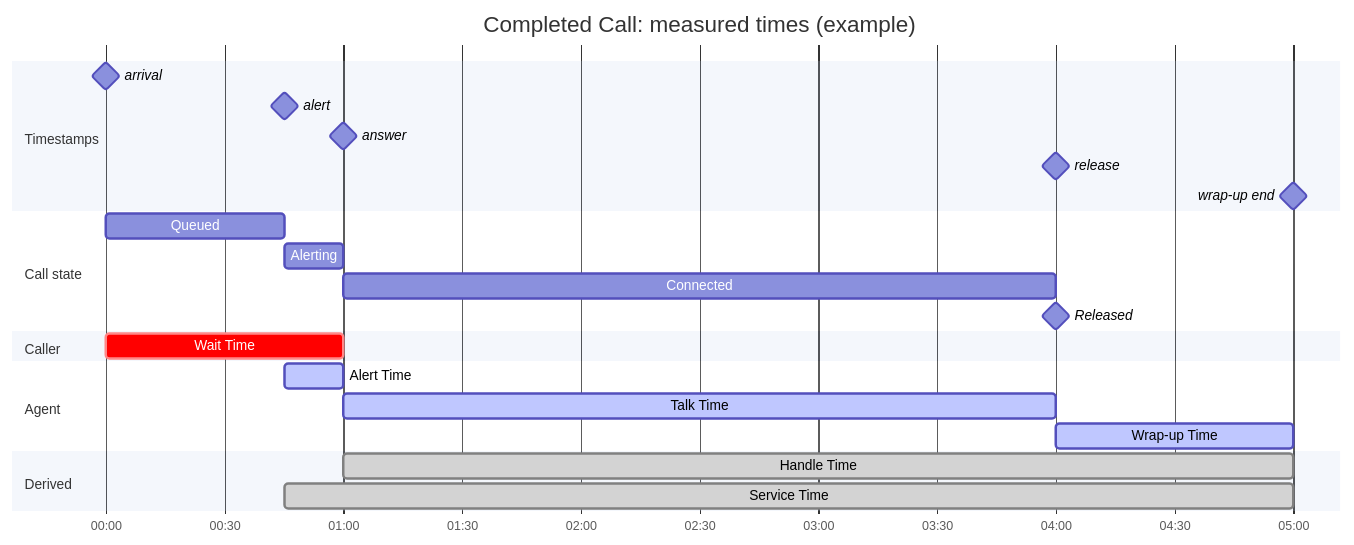
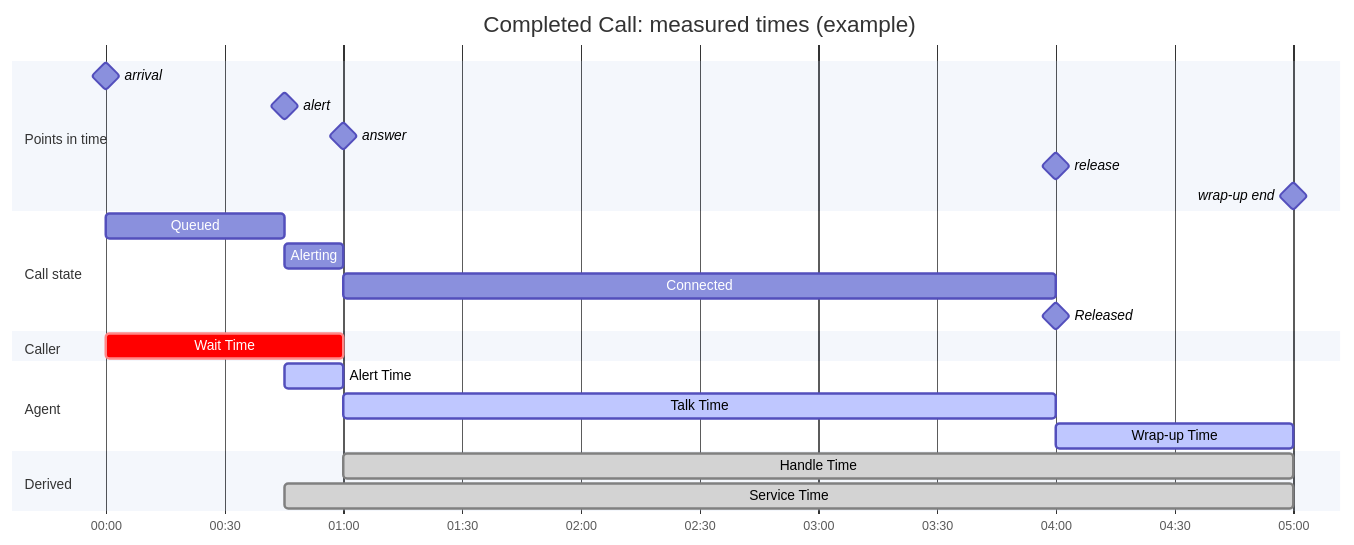
The sixth of 12 diagrams in docs/domain-model-v3.md (doug-sauder/contact-center-staffing-planner), drawn with Mermaid before and after one commit. The commit also changed other lines of this file, not shown here.

Commit message:
(Claude) Avoid using 'timestamp' to refer to scheduled points of time in the future

````diff
--- a/docs/domain-model-v3.md
+++ b/docs/domain-model-v3.md
@@ -867,40 +868,40 @@
 ```mermaid
 ---
 config:
   themeVariables:
     sectionBkgColor: "#c9d6f0"
     altSectionBkgColor: "#ffffff"
     sectionBkgColor2: "#c9d6f0"
   themeCSS: ".section0, .section1, .section2, .section3 { opacity: 0.35; }"
 ---
 gantt
     title Completed Call: measured times (example)
     dateFormat HH:mm:ss
     axisFormat %M:%S
     tickInterval 30second
 
-    section Timestamps
+    section Points in time
     arrival             :milestone, t1, 00:00:00, 0s
     alert               :milestone, t2, 00:00:45, 0s
     answer              :milestone, t3, 00:01:00, 0s
     release             :milestone, t4, 00:04:00, 0s
     wrap-up end         :milestone, t5, 00:05:00, 0s
 
     section Call state
     Queued              :s1, 00:00:00, 00:00:45
     Alerting            :s2, 00:00:45, 00:01:00
     Connected           :s3, 00:01:00, 00:04:00
     Released            :milestone, s4, 00:04:00, 0s
 
     section Caller
     Wait Time           :crit, c1, 00:00:00, 00:01:00
 
     section Agent
     Alert Time          :active, a1, 00:00:45, 00:01:00
     Talk Time           :active, a2, 00:01:00, 00:04:00
     Wrap-up Time        :active, a3, 00:04:00, 00:05:00
 
     section Derived
     Handle Time         :done, d1, 00:01:00, 00:05:00
     Service Time        :done, d2, 00:00:45, 00:05:00
 ```
````
